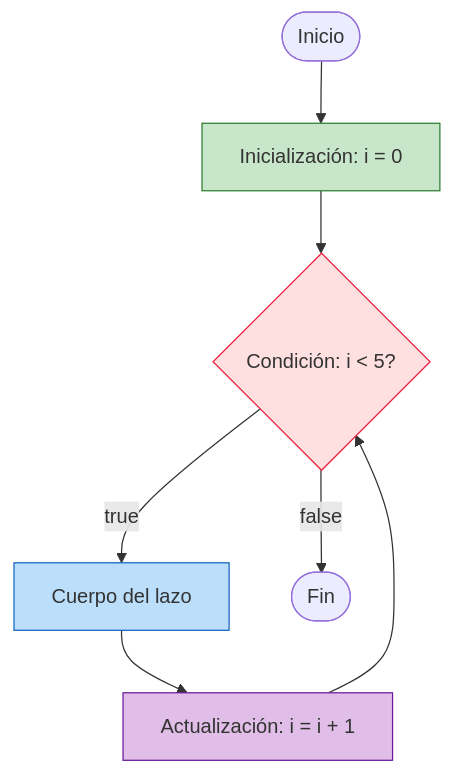
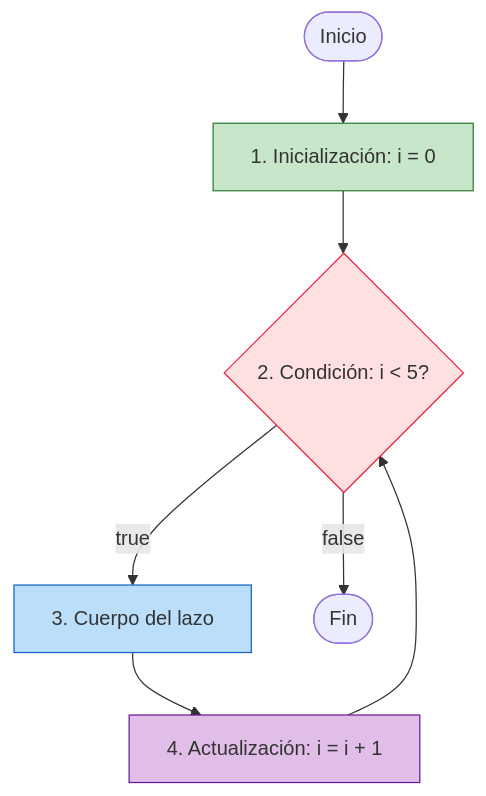
One commit to INGCOM-UNRN-PII/INGCOM-UNRN-PII.github.io changed the sixth of 10 diagrams in apunte/05_sintaxis_control.md. Above: the diagram before and after it, drawn with Mermaid. The commit also changed other lines of this file and 3 other files, not shown here.

`````diff
--- a/apunte/05_sintaxis_control.md
+++ b/apunte/05_sintaxis_control.md
@@ -324,16 +749,16 @@
 ````{mermaid}
 :align: center
 
 flowchart TD
-    Start([Inicio]) --> Init[Inicialización: i = 0]
-    Init --> Cond{Condición: i < 5?}
-    Cond -->|true| Body[Cuerpo del lazo]
-    Body --> Update[Actualización: i = i + 1]
+    Start([Inicio]) --> Init[1. Inicialización: i = 0]
+    Init --> Cond{2. Condición: i < 5?}
+    Cond -->|true| Body[3. Cuerpo del lazo]
+    Body --> Update[4. Actualización: i = i + 1]
     Update --> Cond
     Cond -->|false| End([Fin])
     
     style Init fill:#c8e6c9,stroke:#2e7d32
     style Cond fill:#ffe0e0,stroke:#eb2141
     style Body fill:#bbdefb,stroke:#1565c0
     style Update fill:#e1bee7,stroke:#6a1b9a
 ````
`````
